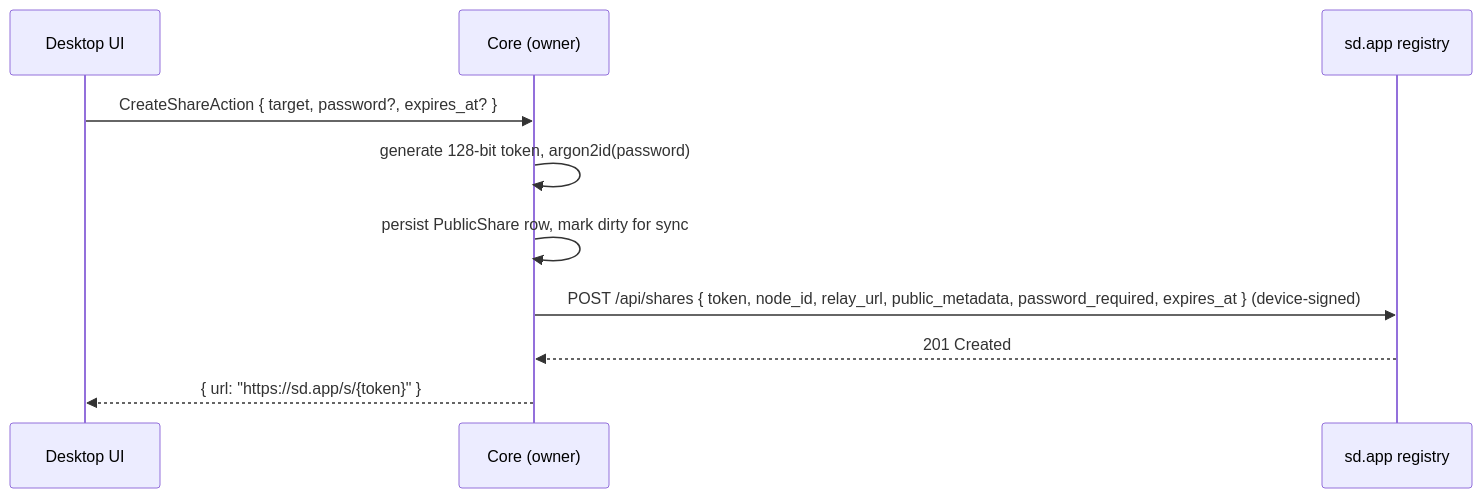
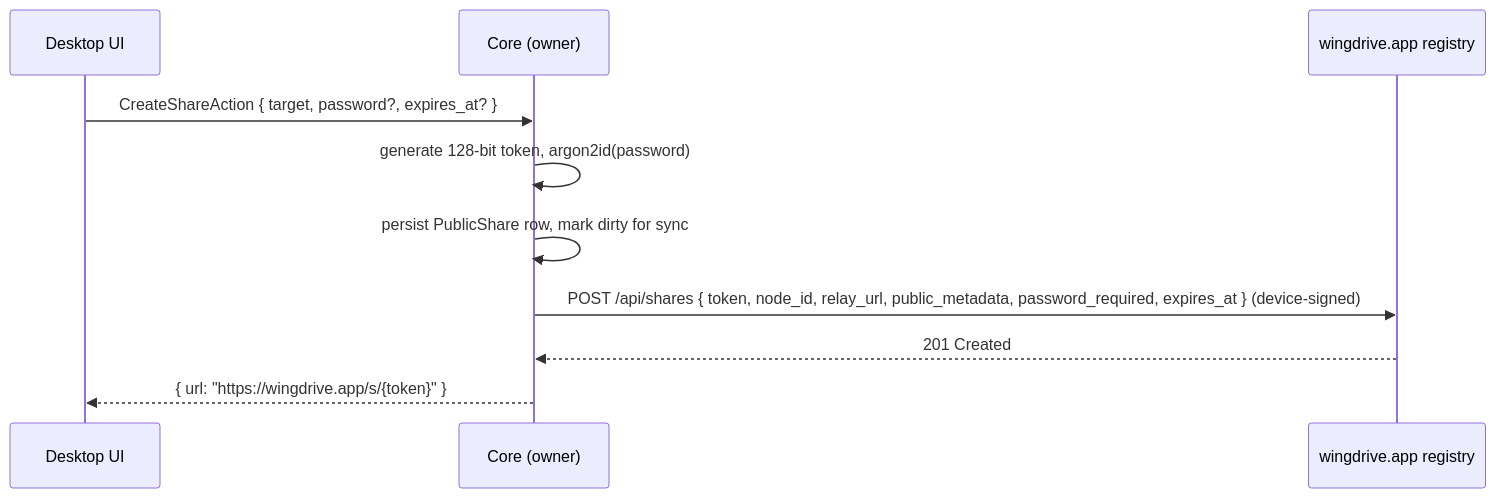
The first of 6 diagrams in docs/design/shares.md (bernardopg/wingdrive), drawn with Mermaid before and after one commit. The commit also changed other lines of this file and 60 other files, not shown here.

````diff
--- a/docs/design/shares.md
+++ b/docs/design/shares.md
@@ -49,12 +49,12 @@
 ```mermaid
 sequenceDiagram
   participant UI as Desktop UI
   participant Core as Core (owner)
-  participant Reg as sd.app registry
+  participant Reg as wingdrive.app registry
   UI->>Core: CreateShareAction { target, password?, expires_at? }
   Core->>Core: generate 128-bit token, argon2id(password)
   Core->>Core: persist PublicShare row, mark dirty for sync
   Core->>Reg: POST /api/shares { token, node_id, relay_url, public_metadata, password_required, expires_at } (device-signed)
   Reg-->>Core: 201 Created
-  Core-->>UI: { url: "https://sd.app/s/{token}" }
+  Core-->>UI: { url: "https://wingdrive.app/s/{token}" }
 ```
````
